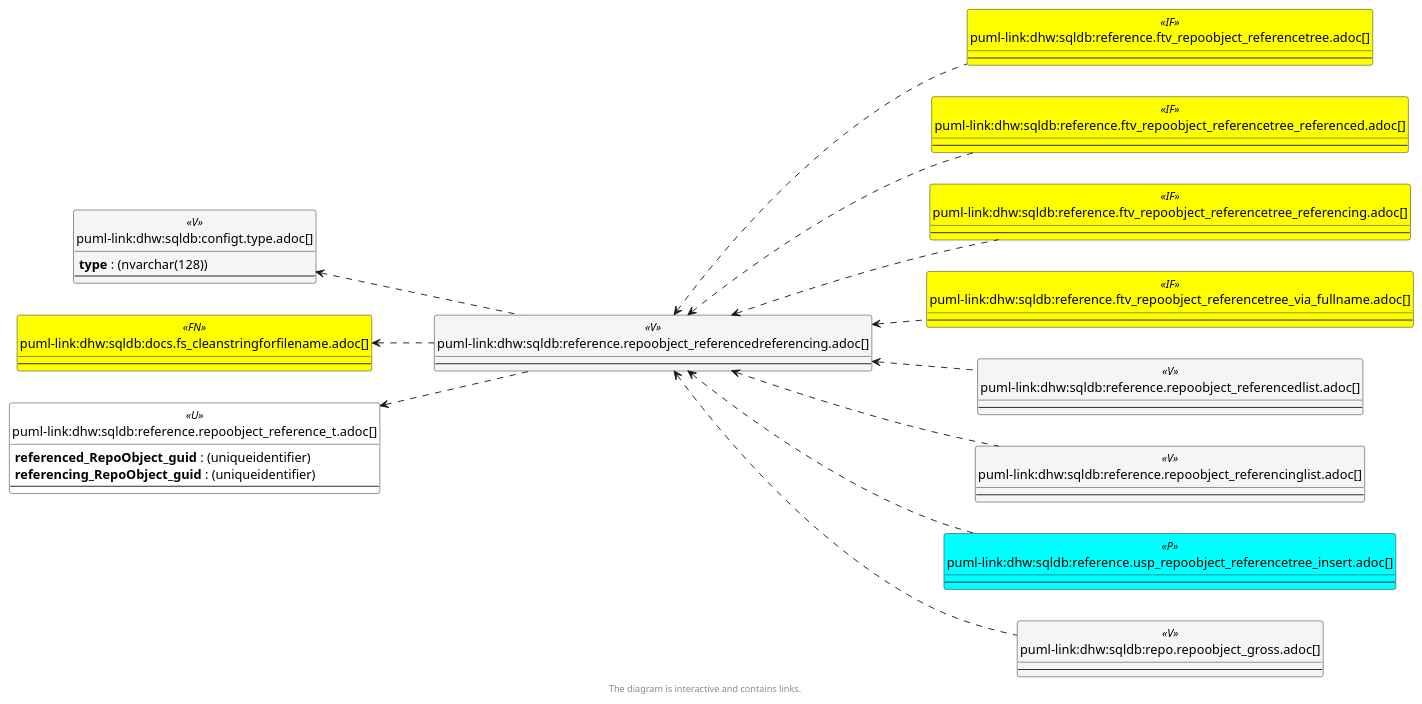
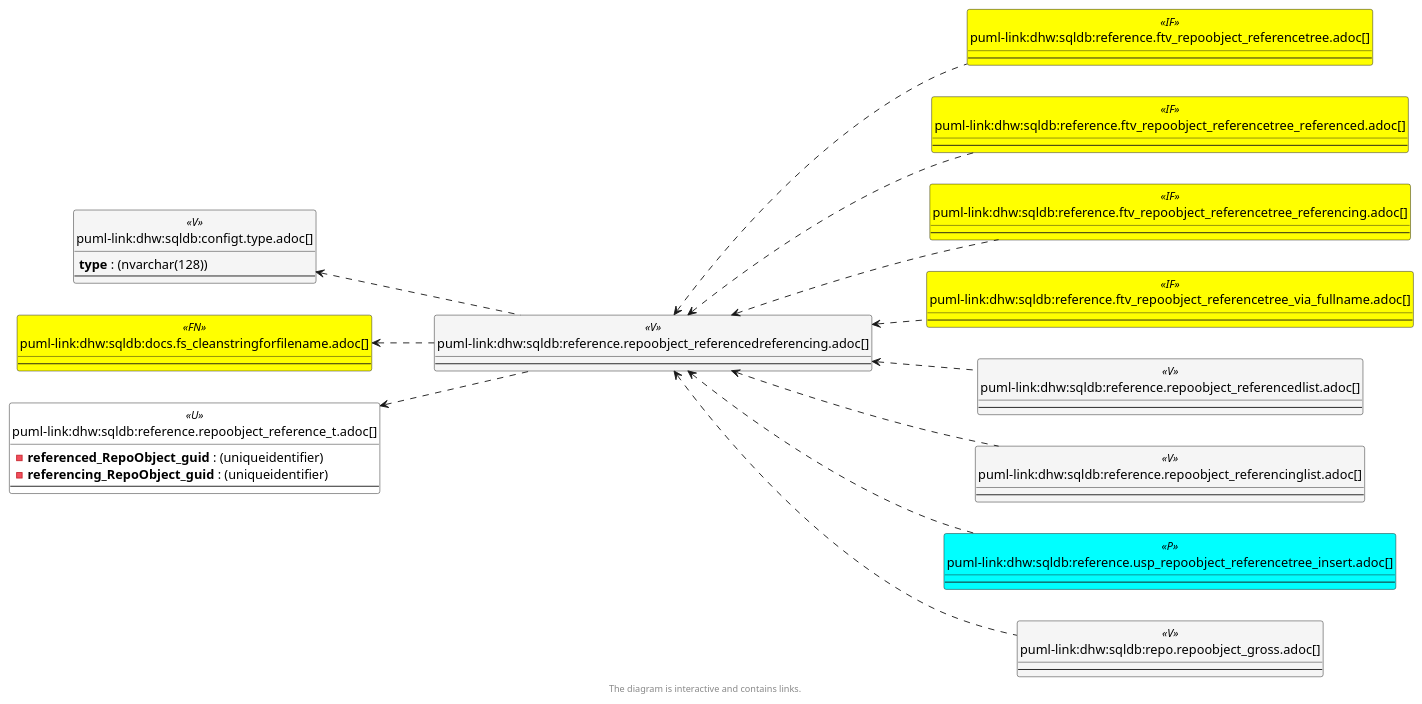
The third of 6 diagrams in docs/modules/sqldb/partials/content/reference.repoobject_referencedreferencing.adoc (DataHandwerk/dhw-antora-sqldb), drawn with PlantUML before and after one commit. The commit also changed other lines of this file and 641 other files, not shown here.

```diff
--- a/docs/modules/sqldb/partials/content/reference.repoobject_referencedreferencing.adoc
+++ b/docs/modules/sqldb/partials/content/reference.repoobject_referencedreferencing.adoc
@@ -1080,8 +1080,8 @@
 }
 
 entity "puml-link:dhw:sqldb:reference.repoobject_reference_t.adoc[]" as reference.RepoObject_reference_T << U >> {
-  **referenced_RepoObject_guid** : (uniqueidentifier)
-  **referencing_RepoObject_guid** : (uniqueidentifier)
+  - **referenced_RepoObject_guid** : (uniqueidentifier)
+  - **referencing_RepoObject_guid** : (uniqueidentifier)
   --
 }
 
@@ -1108,10 +1108,10 @@
 configT.type <.. reference.RepoObject_ReferencedReferencing
 docs.fs_cleanStringForFilename <.. reference.RepoObject_ReferencedReferencing
 reference.RepoObject_reference_T <.. reference.RepoObject_ReferencedReferencing
-reference.RepoObject_ReferencedReferencing <.. repo.RepoObject_gross
 reference.RepoObject_ReferencedReferencing <.. reference.ftv_RepoObject_ReferenceTree
 reference.RepoObject_ReferencedReferencing <.. reference.RepoObject_ReferencedList
 reference.RepoObject_ReferencedReferencing <.. reference.ftv_RepoObject_ReferenceTree_via_fullname
+reference.RepoObject_ReferencedReferencing <.. repo.RepoObject_gross
 reference.RepoObject_ReferencedReferencing <.. reference.RepoObject_ReferencingList
 reference.RepoObject_ReferencedReferencing <.. reference.ftv_RepoObject_ReferenceTree_referenced
 reference.RepoObject_ReferencedReferencing <.. reference.ftv_RepoObject_ReferenceTree_referencing
```
